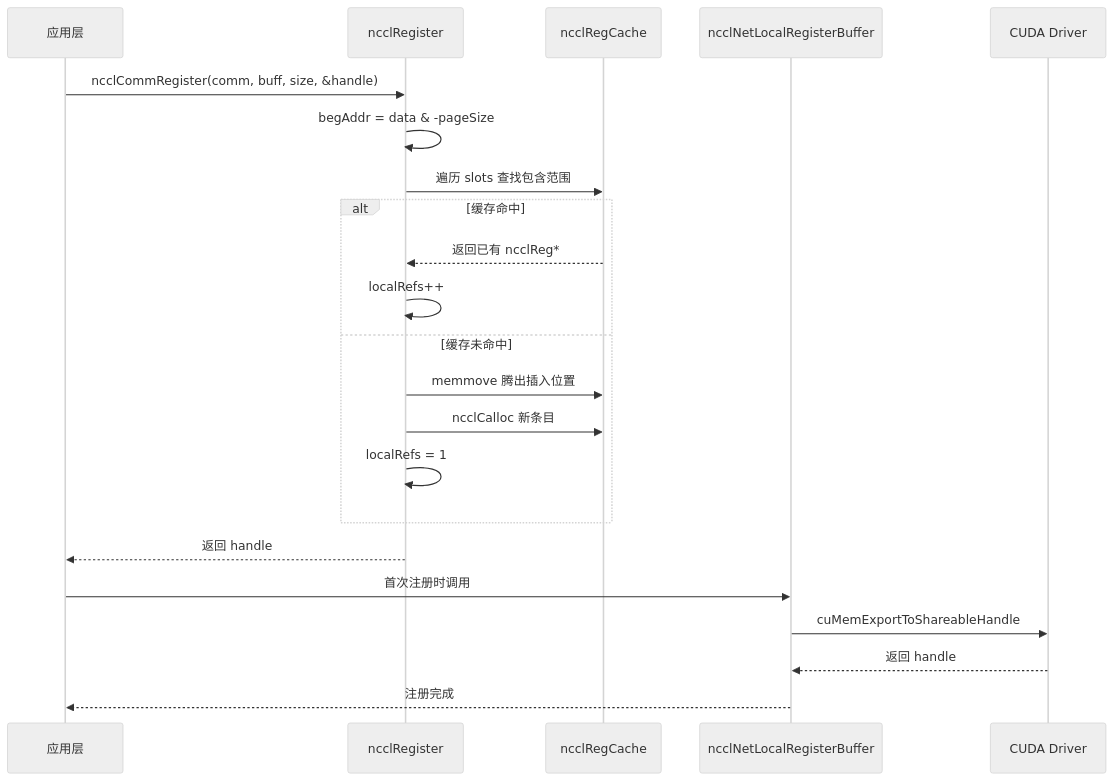
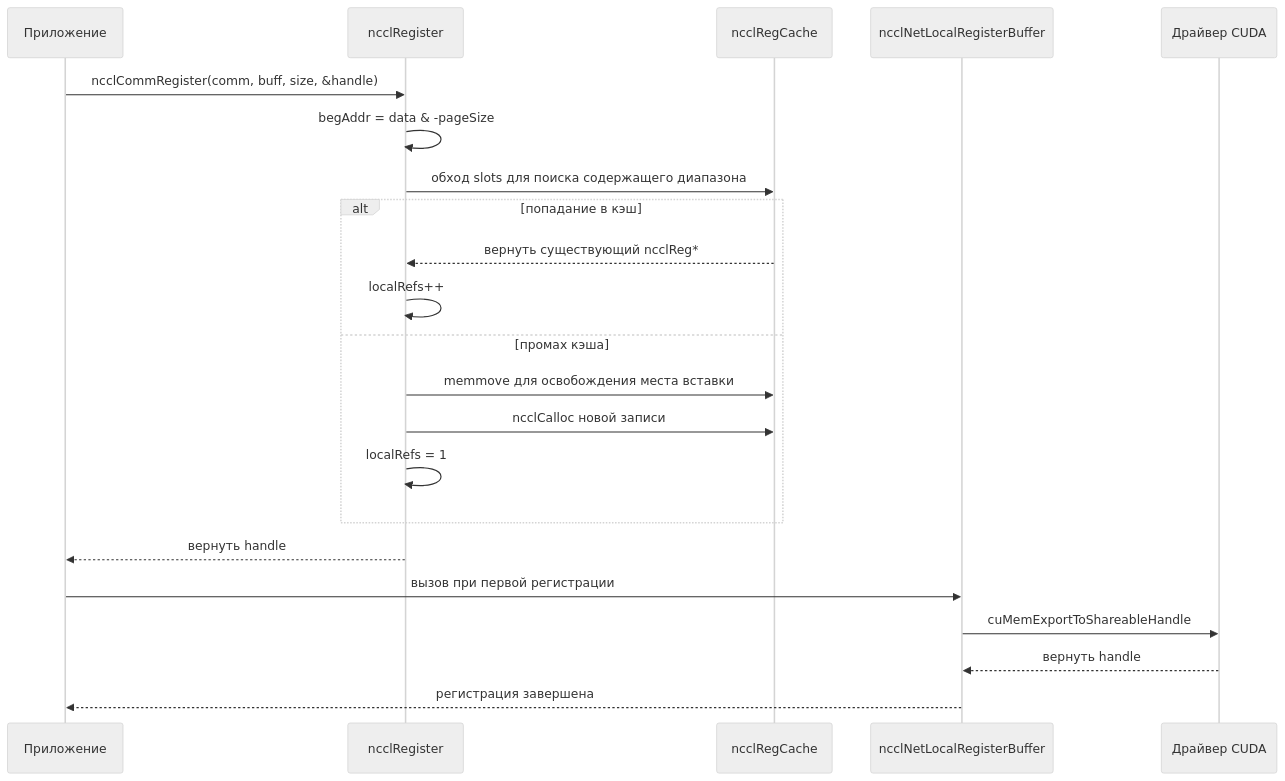
The third of 3 diagrams in books/nccl/ru/18-memory-allocator-and-registration-cache.md (maleRjc/AiReadCodeBooks), drawn with Mermaid (neutral theme) before and after one commit. The commit also changed other lines of this file and 74 other files, not shown here.

````diff
--- a/books/nccl/ru/18-memory-allocator-and-registration-cache.md
+++ b/books/nccl/ru/18-memory-allocator-and-registration-cache.md
@@ -356,25 +358,25 @@
 ```mermaid
 sequenceDiagram
-    participant App as 应用层
+    participant App as Приложение
     participant Reg as ncclRegister
     participant Cache as ncclRegCache
     participant Net as ncclNetLocalRegisterBuffer
-    participant GPU as CUDA Driver
+    participant GPU as Драйвер CUDA
 
     App->>Reg: ncclCommRegister(comm, buff, size, &handle)
     Reg->>Reg: begAddr = data & -pageSize
-    Reg->>Cache: 遍历 slots 查找包含范围
-    alt 缓存命中
-        Cache-->>Reg: 返回已有 ncclReg*
+    Reg->>Cache: обход slots для поиска содержащего диапазона
+    alt попадание в кэш
+        Cache-->>Reg: вернуть существующий ncclReg*
         Reg->>Reg: localRefs++
-    else 缓存未命中
-        Reg->>Cache: memmove 腾出插入位置
-        Reg->>Cache: ncclCalloc 新条目
+    else промах кэша
+        Reg->>Cache: memmove для освобождения места вставки
+        Reg->>Cache: ncclCalloc новой записи
         Reg->>Reg: localRefs = 1
     end
-    Reg-->>App: 返回 handle
-    App->>Net: 首次注册时调用
+    Reg-->>App: вернуть handle
+    App->>Net: вызов при первой регистрации
     Net->>GPU: cuMemExportToShareableHandle
-    GPU-->>Net: 返回 handle
-    Net-->>App: 注册完成
+    GPU-->>Net: вернуть handle
+    Net-->>App: регистрация завершена
 ```
````
